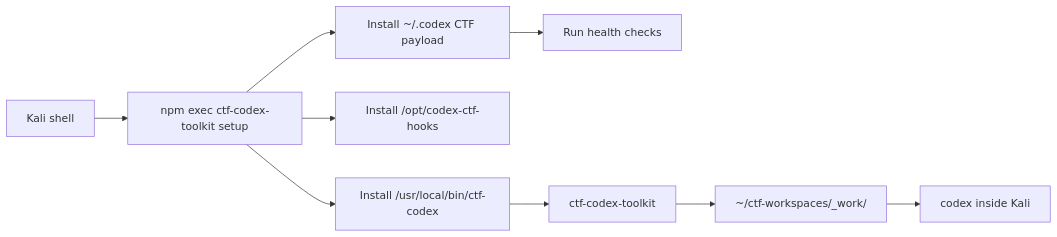
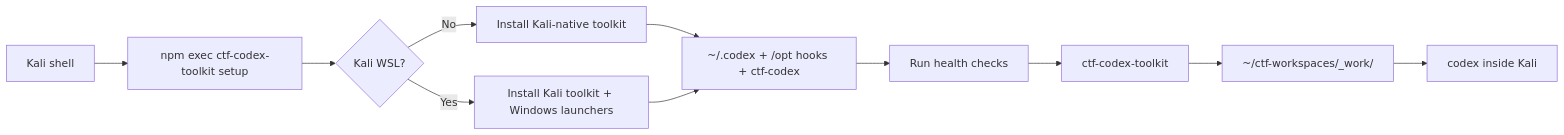
Before and after one commit to nimosocute/ctf-codex-toolkit: the diagram in README.md, drawn with Mermaid. The commit also changed other lines of this file and 5 other files, not shown here.

Commit message:
Auto-detect WSL and restore launchers

````diff
--- a/README.md
+++ b/README.md
@@ -151,11 +169,13 @@
 ```mermaid
 flowchart LR
     A["Kali shell"] --> B["npm exec ctf-codex-toolkit setup"]
-    B --> C["Install ~/.codex CTF payload"]
-    B --> D["Install /opt/codex-ctf-hooks"]
-    B --> E["Install /usr/local/bin/ctf-codex"]
-    C --> F["Run health checks"]
-    E --> G["ctf-codex-toolkit <challenge>"]
-    G --> H["~/ctf-workspaces/_work/<challenge>"]
-    H --> I["codex inside Kali"]
+    B --> C{"Kali WSL?"}
+    C -->|No| D["Install Kali-native toolkit"]
+    C -->|Yes| E["Install Kali toolkit + Windows launchers"]
+    D --> F["~/.codex + /opt hooks + ctf-codex"]
+    E --> F
+    F --> G["Run health checks"]
+    G --> H["ctf-codex-toolkit <challenge>"]
+    H --> I["~/ctf-workspaces/_work/<challenge>"]
+    I --> J["codex inside Kali"]
 ```
````
